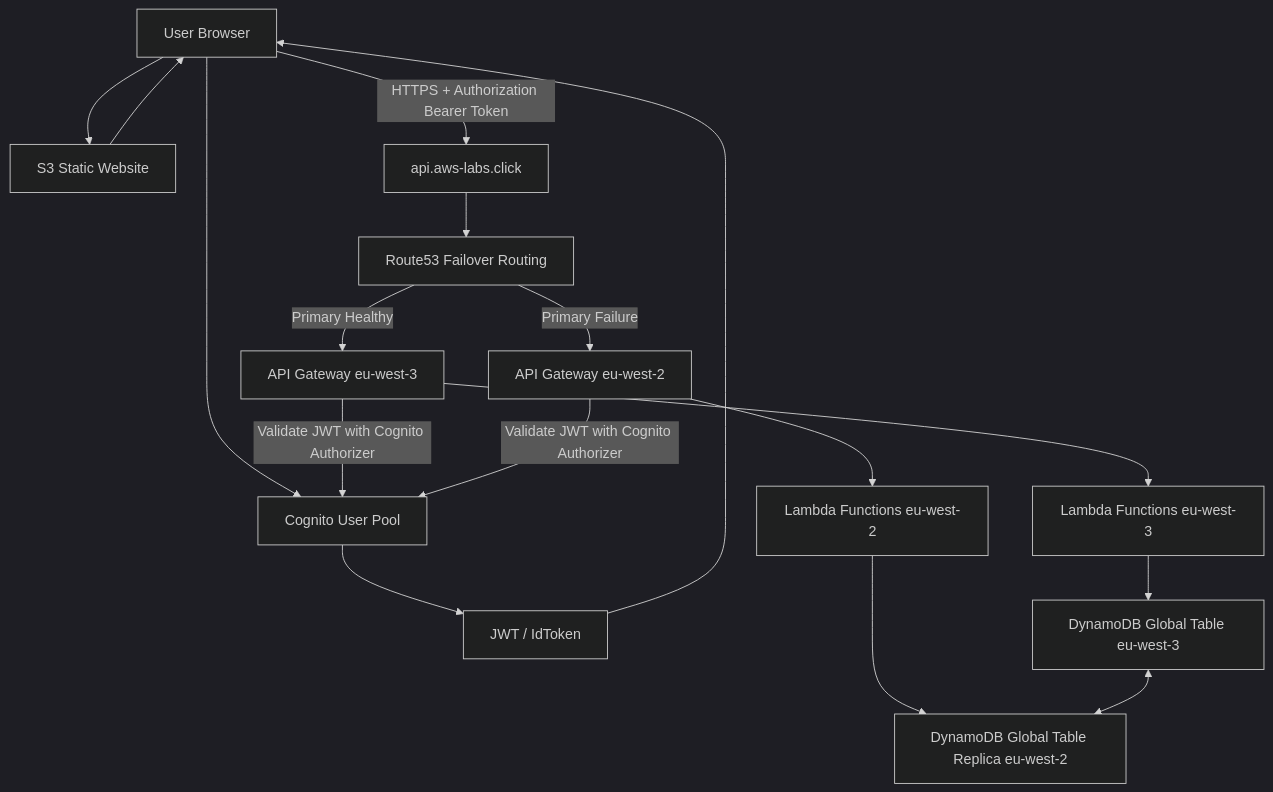
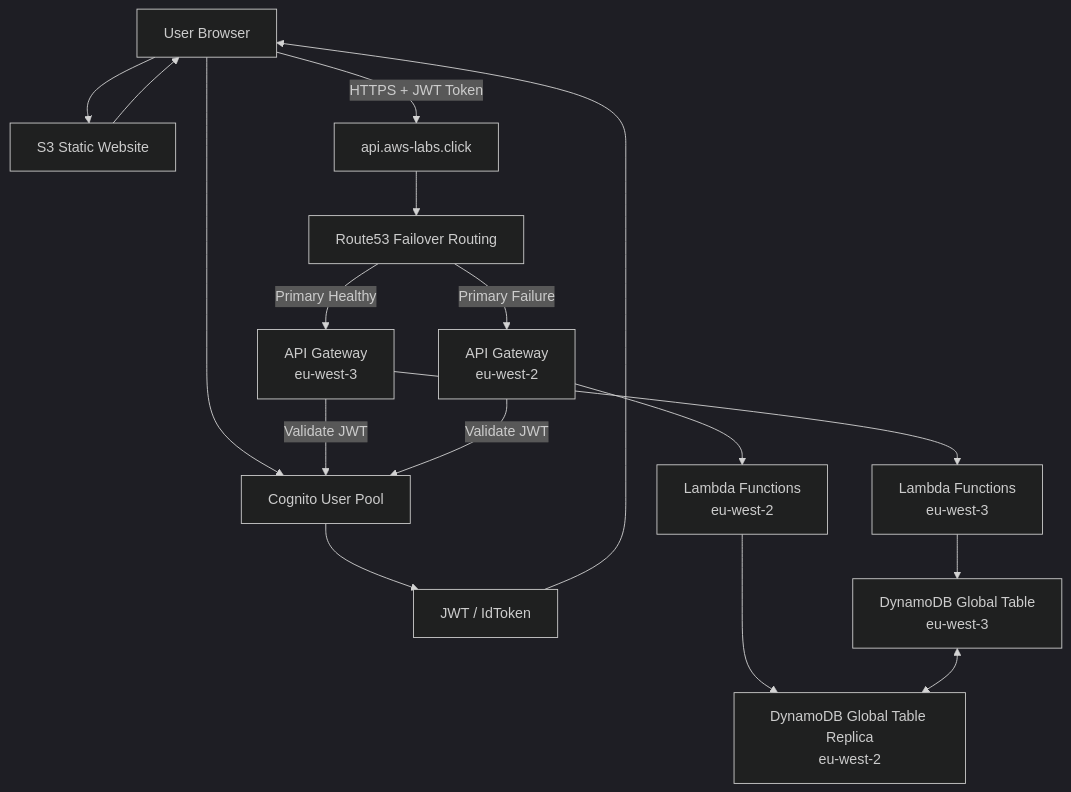
One commit to mohsen2181/terraform-aws-projets changed the diagram in aws-serverless-ha-dr/README.md. Above: the diagram before and after it, drawn with Mermaid (dark theme).

Commit message:
Remove .gitignore from repository

````diff
--- a/aws-serverless-ha-dr/README.md
+++ b/aws-serverless-ha-dr/README.md
@@ -24,28 +24,52 @@
 ```mermaid
 flowchart TD
 
-       A[User Browser] --> B[S3 Static Website]
+   A[User Browser]
+
+    B[S3 Static Website]
+
+    K[Cognito User Pool]
+
+    L[JWT / IdToken]
+
+    C[api.aws-labs.click]
+
+    D[Route53 Failover Routing]
+
+    E[API Gateway<br/>eu-west-3]
+
+    F[API Gateway<br/>eu-west-2]
+
+    G[Lambda Functions<br/>eu-west-3]
+
+    H[Lambda Functions<br/>eu-west-2]
+
+    I[DynamoDB Global Table<br/>eu-west-3]
+
+    J[DynamoDB Global Table Replica<br/>eu-west-2]
+
+    A --> B
     B --> A
 
-    A --> K[Cognito User Pool]
-    K --> L[JWT / IdToken]
+    A --> K
+    K --> L
     L --> A
 
-    A -->|HTTPS + Authorization Bearer Token| C[api.aws-labs.click]
+    A -->|HTTPS + JWT Token| C
 
-    C --> D[Route53 Failover Routing]
+    C --> D
 
-    D -->|Primary Healthy| E[API Gateway eu-west-3]
-    D -->|Primary Failure| F[API Gateway eu-west-2]
+    D -->|Primary Healthy| E
+    D -->|Primary Failure| F
 
-    E -->|Validate JWT with Cognito Authorizer| K
-    F -->|Validate JWT with Cognito Authorizer| K
+    E -->|Validate JWT| K
+    F -->|Validate JWT| K
 
-    E --> G[Lambda Functions eu-west-3]
-    F --> H[Lambda Functions eu-west-2]
+    E --> G
+    F --> H
 
-    G --> I[DynamoDB Global Table eu-west-3]
-    H --> J[DynamoDB Global Table Replica eu-west-2]
+    G --> I
+    H --> J
 
     I <--> J
 ```
````
